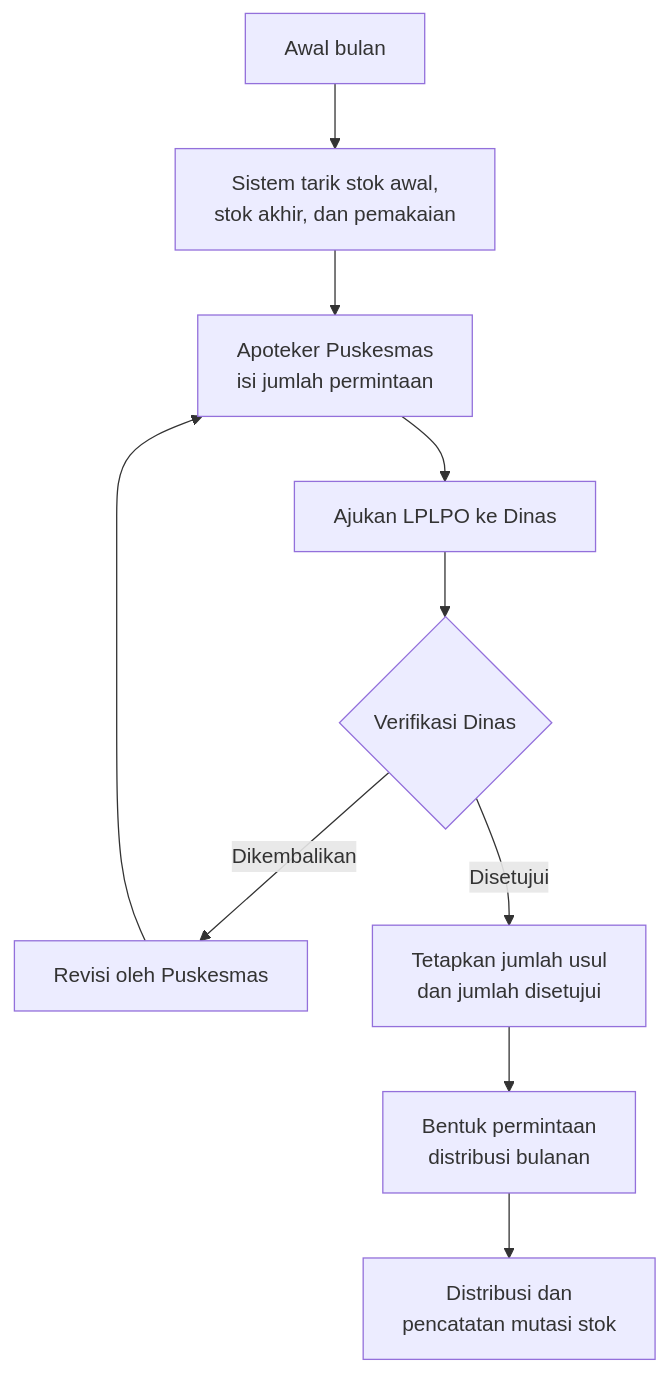
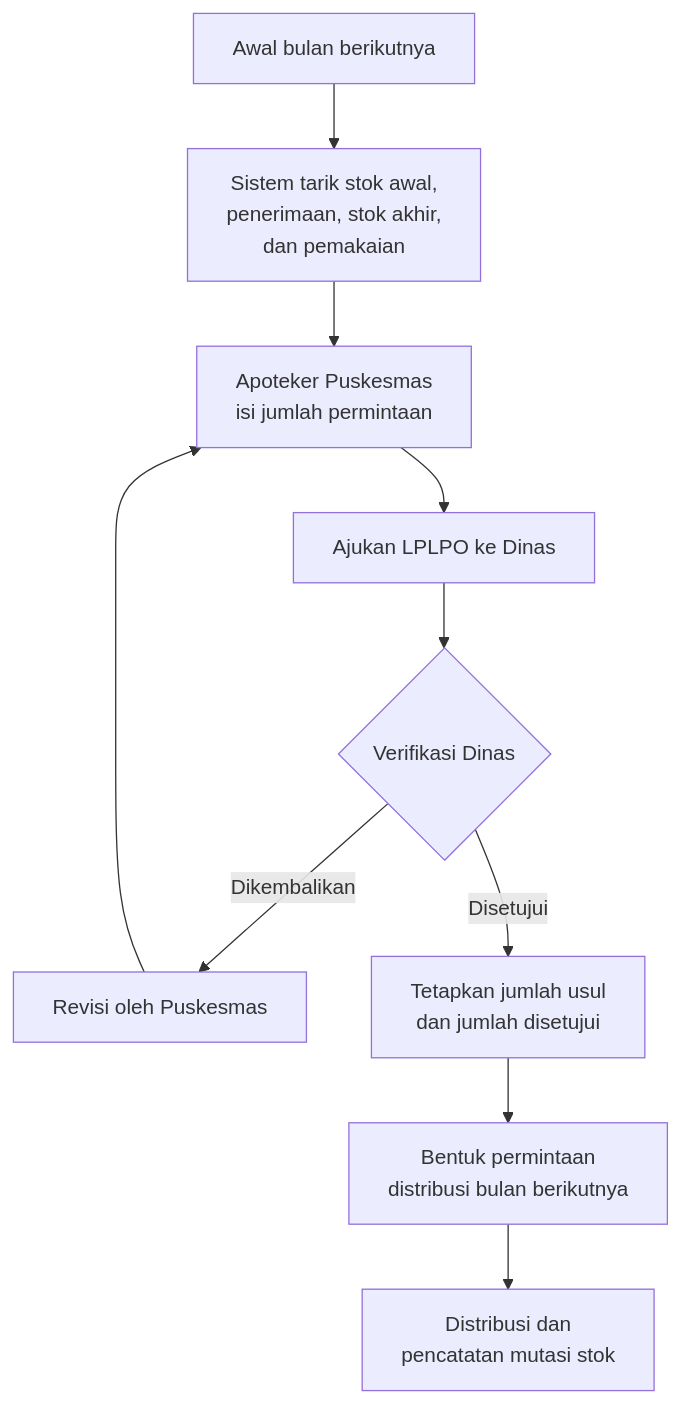
The ninth of 11 diagrams in docs/PRD.md (enginermagang-hue/dinkes), drawn with Mermaid before and after one commit. The commit also changed other lines of this file and 13 other files, not shown here.

First line of the commit message:
docs: sync PRD, data model, API contract, and diagrams

````diff
--- a/docs/PRD.md
+++ b/docs/PRD.md
@@ -1061,12 +1109,12 @@
 ```mermaid
 flowchart TD
-    A["Awal bulan"] --> B["Sistem tarik stok awal,<br/>stok akhir, dan pemakaian"]
+    A["Awal bulan berikutnya"] --> B["Sistem tarik stok awal,<br/>penerimaan, stok akhir,<br/>dan pemakaian"]
     B --> C["Apoteker Puskesmas<br/>isi jumlah permintaan"]
     C --> D["Ajukan LPLPO ke Dinas"]
     D --> E{"Verifikasi Dinas"}
     E -->|"Dikembalikan"| F["Revisi oleh Puskesmas"]
     F --> C
     E -->|"Disetujui"| G["Tetapkan jumlah usul<br/>dan jumlah disetujui"]
-    G --> H["Bentuk permintaan<br/>distribusi bulanan"]
+    G --> H["Bentuk permintaan<br/>distribusi bulan berikutnya"]
     H --> I["Distribusi dan<br/>pencatatan mutasi stok"]
 ```
````
